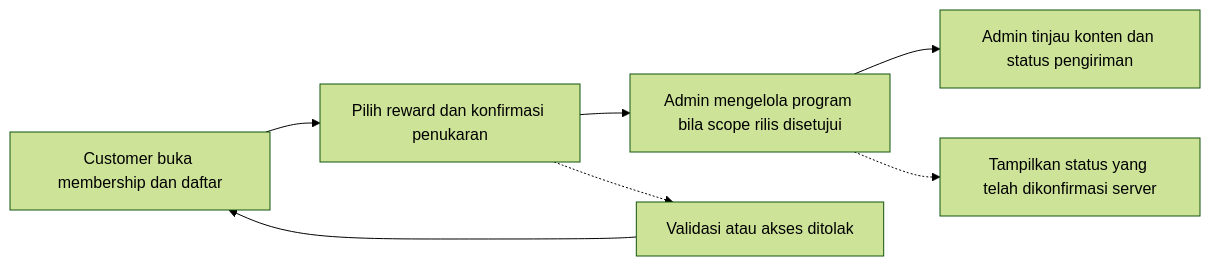
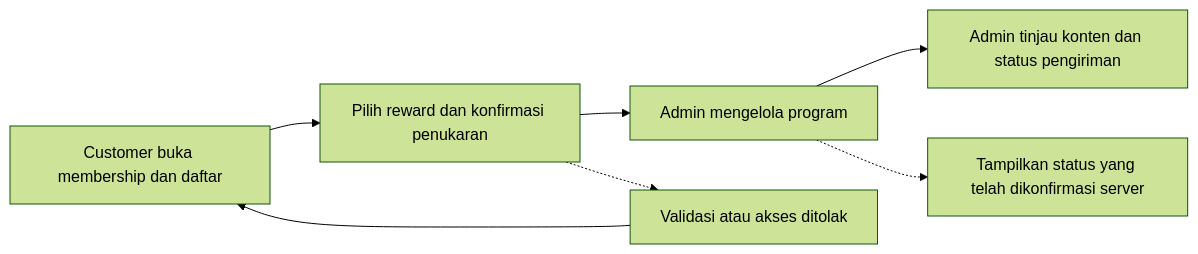
Before and after one commit to abyazzz/Motifnesia-Monorepo: the diagram in project-docs/03-CLIENT-MOBILE/design/USER-FLOW/membership-target.mmd, drawn with Mermaid (forest theme). The commit also changed 100 other files, not shown here.

```diff
--- a/project-docs/03-CLIENT-MOBILE/design/USER-FLOW/membership-target.mmd
+++ b/project-docs/03-CLIENT-MOBILE/design/USER-FLOW/membership-target.mmd
@@ -1,11 +1,11 @@
 flowchart LR
     P1["Customer buka membership dan daftar"]
     P2["Pilih reward dan konfirmasi penukaran"]
     P1 --> P2
-    P3["Admin mengelola program bila scope rilis disetujui"]
+    P3["Admin mengelola program"]
     P2 --> P3
     P4["Admin tinjau konten dan status pengiriman"]
     P3 --> P4
     P2 -.-> E["Validasi atau akses ditolak"]
     E --> P1
     P3 -.-> R["Tampilkan status yang telah dikonfirmasi server"]
```
